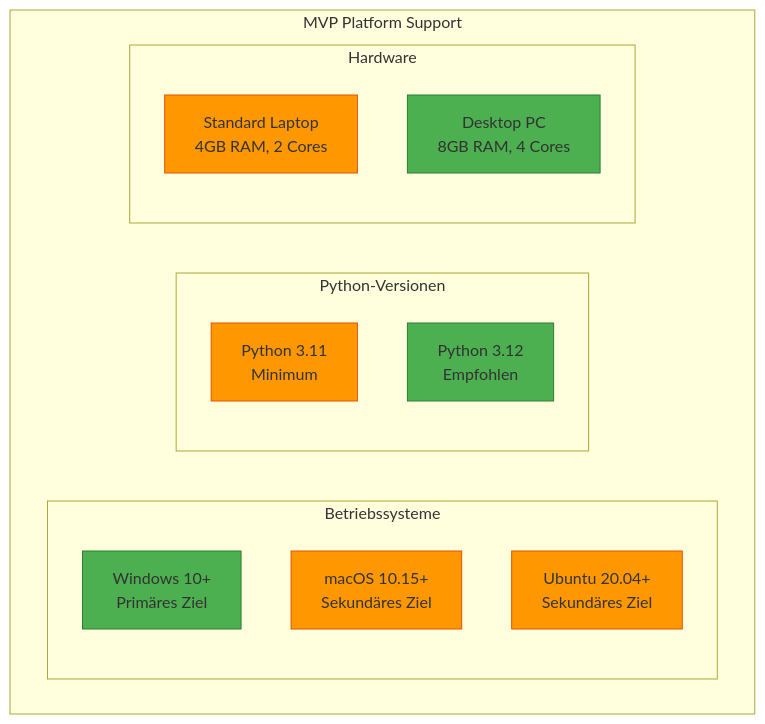
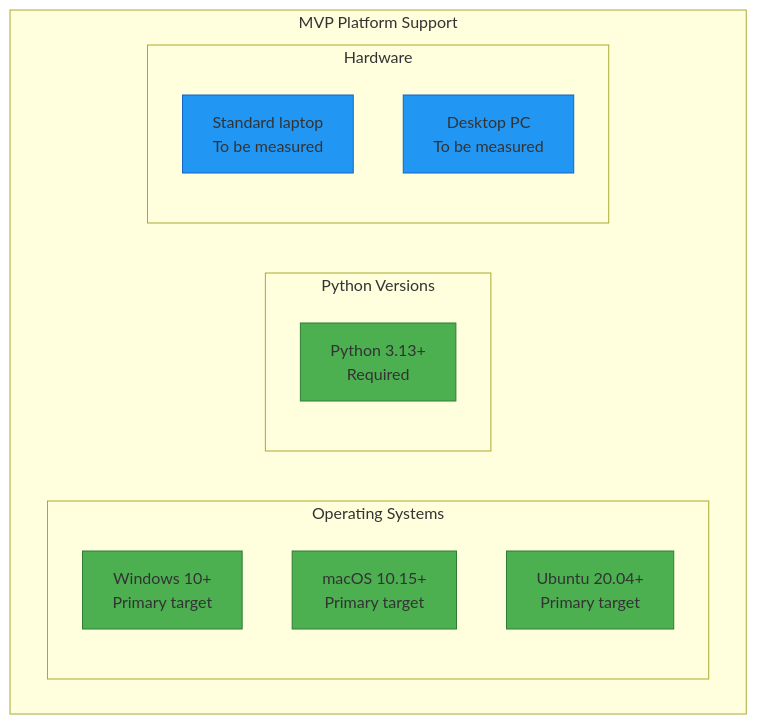
Before and after one commit to OpenRailAssociation/dac-migration-dss-popupsim: the fourth of 6 diagrams in docs/mvp/architecture/10-quality-requirements.md, drawn with Mermaid. The commit also changed other lines of this file and 19 other files, not shown here.

First line of the commit message:
docs(pages): 📝 update MVP architecture

````diff
--- a/docs/mvp/architecture/10-quality-requirements.md
+++ b/docs/mvp/architecture/10-quality-requirements.md
@@ -178,27 +182,26 @@
 ```mermaid
 graph TB
     subgraph "MVP Platform Support"
-        subgraph "Betriebssysteme"
-            Windows[Windows 10+<br/>Primäres Ziel]
-            MacOS[macOS 10.15+<br/>Sekundäres Ziel]
-            Linux[Ubuntu 20.04+<br/>Sekundäres Ziel]
+        subgraph "Operating Systems"
+            Windows[Windows 10+<br/>Primary target]
+            MacOS[macOS 10.15+<br/>Primary target]
+            Linux[Ubuntu 20.04+<br/>Primary target]
         end
 
-        subgraph "Python-Versionen"
-            Python311[Python 3.11<br/>Minimum]
-            Python312[Python 3.12<br/>Empfohlen]
+        subgraph "Python Versions"
+            Python313[Python 3.13+<br/>Required]
         end
 
         subgraph "Hardware"
-            Laptop[Standard Laptop<br/>4GB RAM, 2 Cores]
-            Desktop[Desktop PC<br/>8GB RAM, 4 Cores]
+            Laptop[Standard laptop<br/>To be measured]
+            Desktop[Desktop PC<br/>To be measured]
         end
     end
 
     classDef primary fill:#4caf50,stroke:#2e7d32
     classDef secondary fill:#ff9800,stroke:#e65100
     classDef hardware fill:#2196f3,stroke:#1565c0
 
-    class Windows,Python312,Desktop primary
-    class MacOS,Linux,Python311,Laptop secondary
+    class Windows,MacOS,Linux,Python313 primary
+    class Laptop,Desktop hardware
 ```
````
